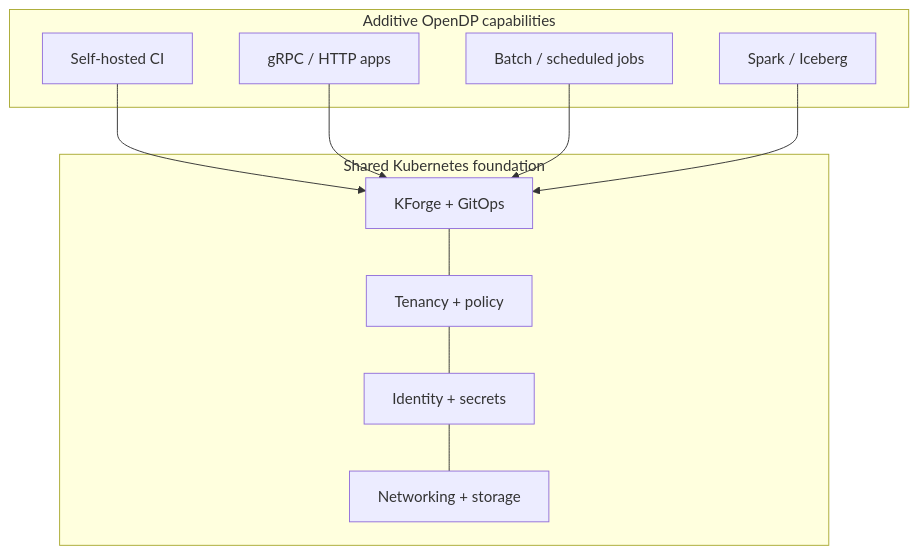
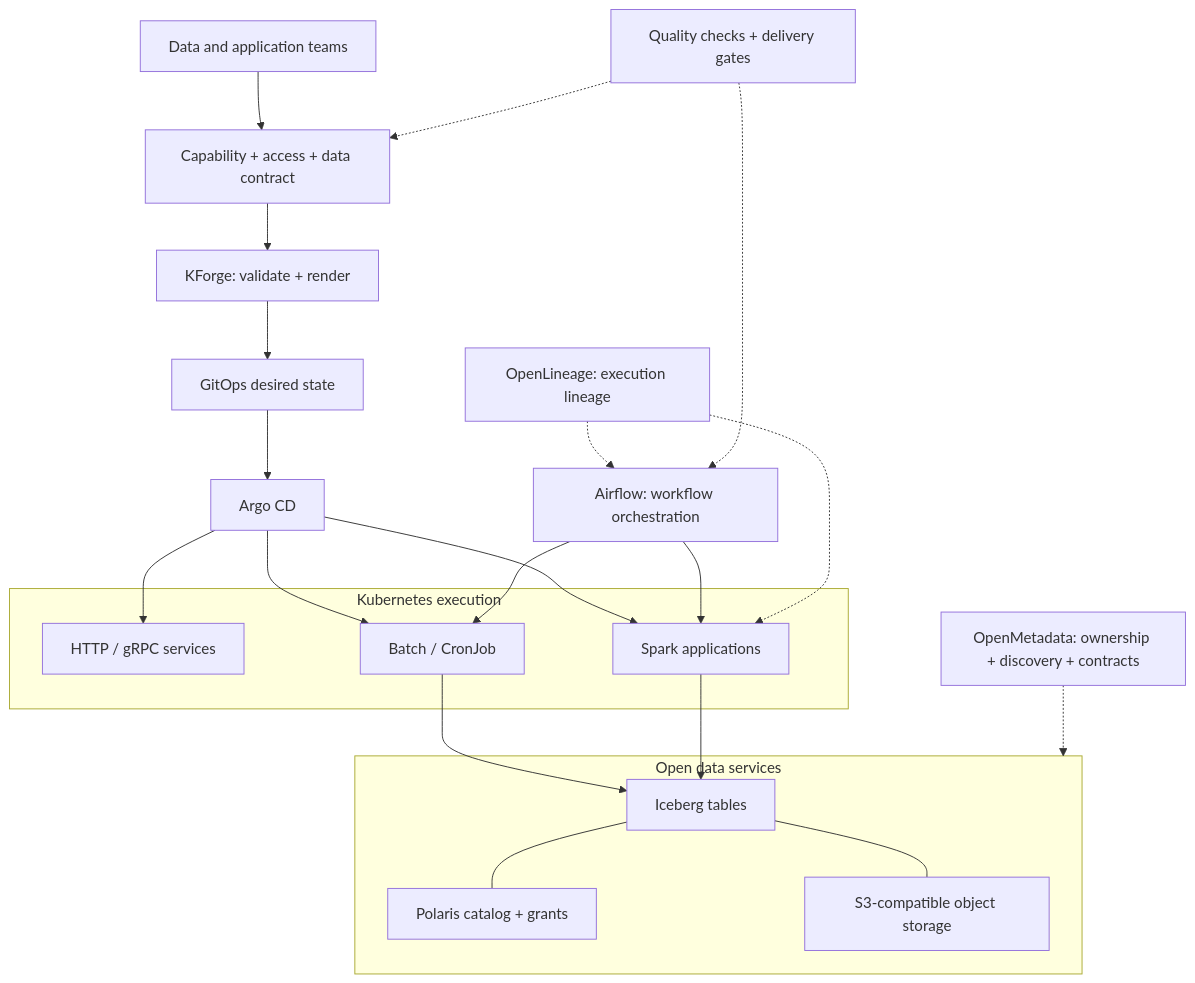
The first of 8 diagrams in content/blog/opendp-kubernetes-paved-paths/article.md (MrDaggubati/infer-blog), drawn with Mermaid before and after one commit. The commit also changed other lines of this file and 11 other files, not shown here.

````diff
--- a/content/blog/opendp-kubernetes-paved-paths/article.md
+++ b/content/blog/opendp-kubernetes-paved-paths/article.md
@@ -19,22 +24,35 @@
 ```mermaid
 flowchart TB
-    subgraph CAP["Additive OpenDP capabilities"]
-        CI["Self-hosted CI"]
-        WEB["gRPC / HTTP apps"]
-        JOB["Batch / scheduled jobs"]
-        DATA["Spark / Iceberg"]
+    TEAM["Data and application teams"] --> CONTRACT["Capability + access + data contract"]
+    CONTRACT --> KF["KForge: validate + render"]
+    KF --> GIT["GitOps desired state"]
+    GIT --> CD["Argo CD"]
+
+    subgraph RUNTIME["Kubernetes execution"]
+      WEB["HTTP / gRPC services"]
+      BATCH["Batch / CronJob"]
+      SPARK["Spark applications"]
     end
-    subgraph CORE["Shared Kubernetes foundation"]
-        KF["KForge + GitOps"]
-        TEN["Tenancy + policy"]
-        SEC["Identity + secrets"]
-        INF["Networking + storage"]
+    CD --> WEB
+    CD --> BATCH
+    CD --> SPARK
+
+    AIR["Airflow: workflow orchestration"] --> BATCH
+    AIR --> SPARK
+
+    subgraph DATA["Open data services"]
+      ICE["Iceberg tables"]
+      POL["Polaris catalog + grants"]
+      S3["S3-compatible object storage"]
     end
-    CI --> KF
-    WEB --> KF
-    JOB --> KF
-    DATA --> KF
-    KF --- TEN
-    TEN --- SEC
-    SEC --- INF
+    BATCH --> ICE
+    SPARK --> ICE
+    ICE --- POL
+    ICE --- S3
+
+    META["OpenMetadata: ownership + discovery + contracts"] -.-> DATA
+    LINE["OpenLineage: execution lineage"] -.-> AIR
+    LINE -.-> SPARK
+    QUALITY["Quality checks + delivery gates"] -.-> CONTRACT
+    QUALITY -.-> AIR
 ```
````
